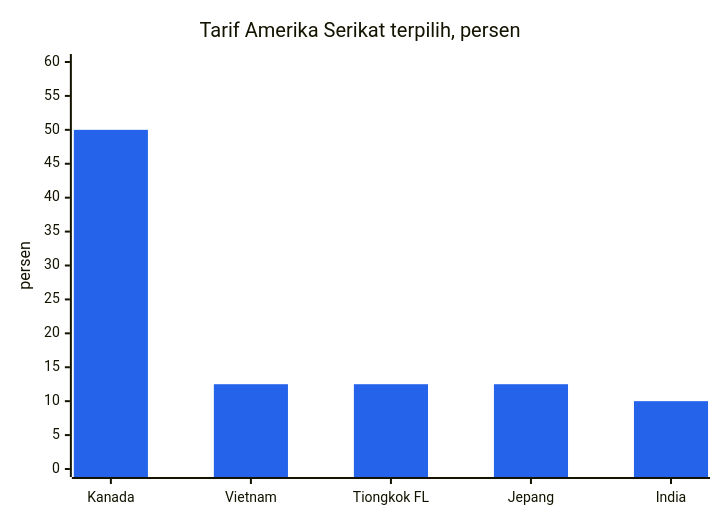
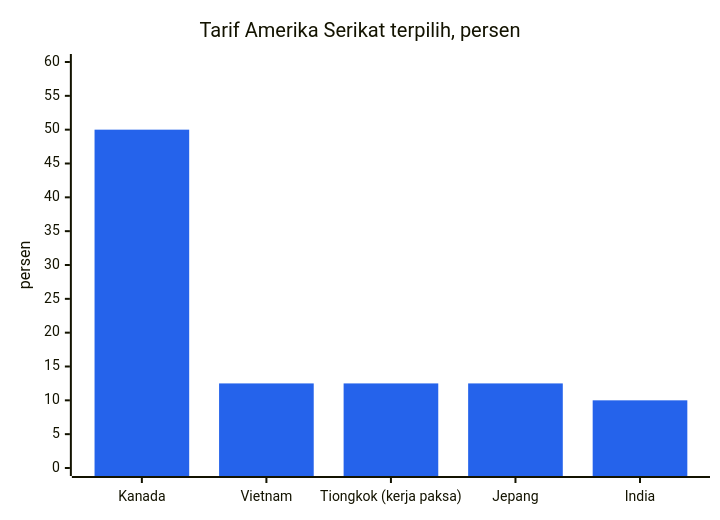
One commit to dureach/research changed the first of 15 diagrams in Global-Trade-Intelligence-weekly-2026-11-23/index.id.md. Above: the diagram before and after it, drawn with Mermaid. The commit also changed other lines of this file and 5 other files, not shown here.

````diff
--- a/Global-Trade-Intelligence-weekly-2026-11-23/index.id.md
+++ b/Global-Trade-Intelligence-weekly-2026-11-23/index.id.md
@@ -215,8 +215,8 @@
 ```mermaid
 %%{init: {'theme': 'base', 'themeVariables': {'xyChart': {'plotColorPalette': '#2563eb'}}}}%%
 xychart-beta
     title "Tarif Amerika Serikat terpilih, persen"
-    x-axis ["Kanada", "Vietnam", "Tiongkok FL", "Jepang", "India"]
+    x-axis ["Kanada", "Vietnam", "Tiongkok (kerja paksa)", "Jepang", "India"]
     y-axis "persen" 0 --> 60
     bar [50, 12.5, 12.5, 12.5, 10]
 ```
````
